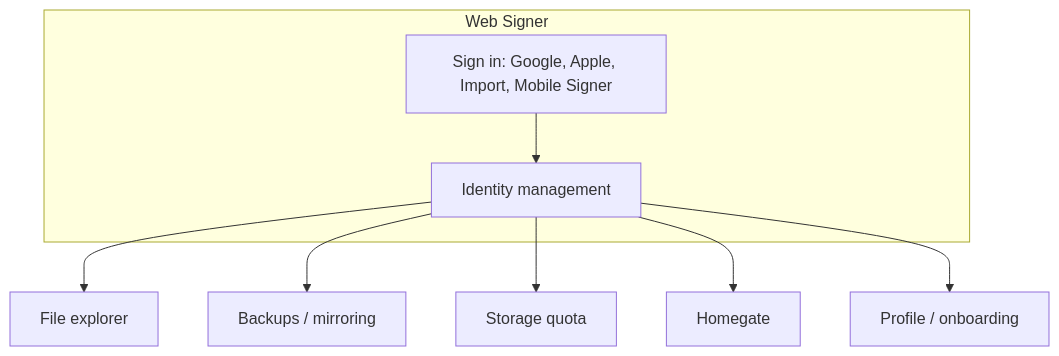
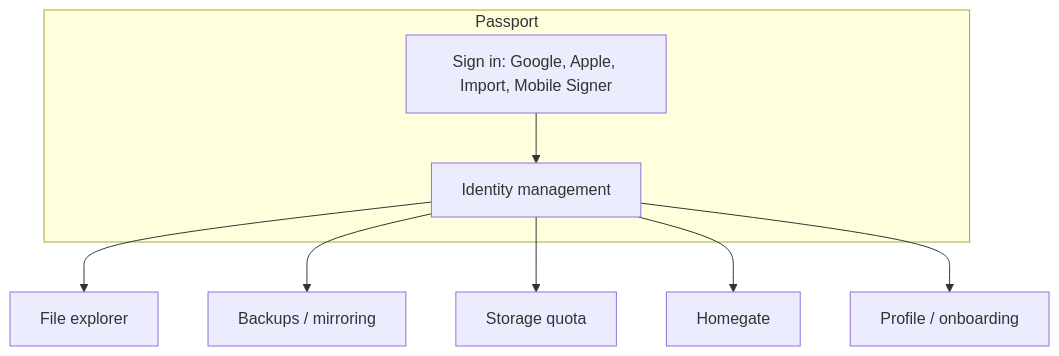
One commit to pubky/pubky-passport changed the third of 5 diagrams in docs/rfc/0001-signers-and-accounts.md. Above: the diagram before and after it, drawn with Mermaid. The commit also changed other lines of this file, not shown here.

Commit message:
docs(rfc): call the Web Signer Passport

````diff
--- a/docs/rfc/0001-signers-and-accounts.md
+++ b/docs/rfc/0001-signers-and-accounts.md
@@ -107,13 +107,13 @@
 ```mermaid
 flowchart TB
-    subgraph WS["Web Signer"]
+    subgraph WS["Passport"]
         SignIn["Sign in: Google, Apple, Import, Mobile Signer"]
         Manage["Identity management"]
     end
     Manage --> Files["File explorer"]
     Manage --> Backup["Backups / mirroring"]
     Manage --> Quota["Storage quota"]
     Manage --> HG["Homegate"]
     Manage --> Profile["Profile / onboarding"]
     SignIn --> Manage
 ```
````
